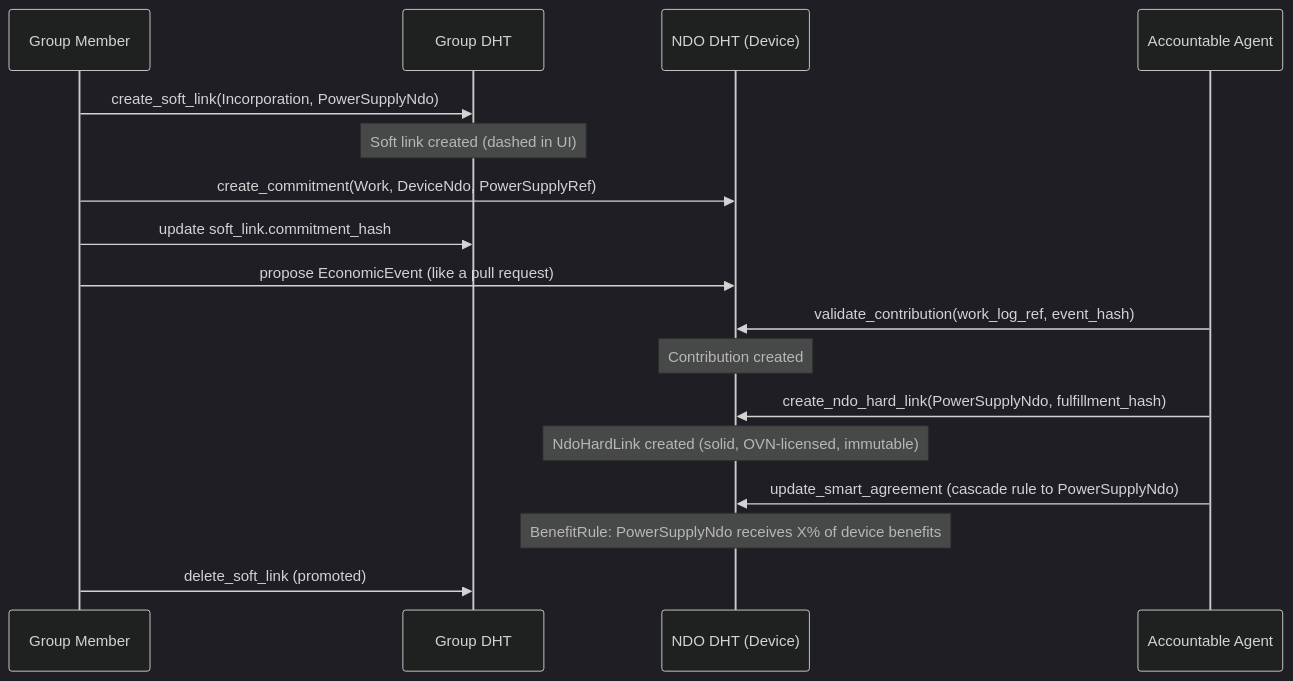
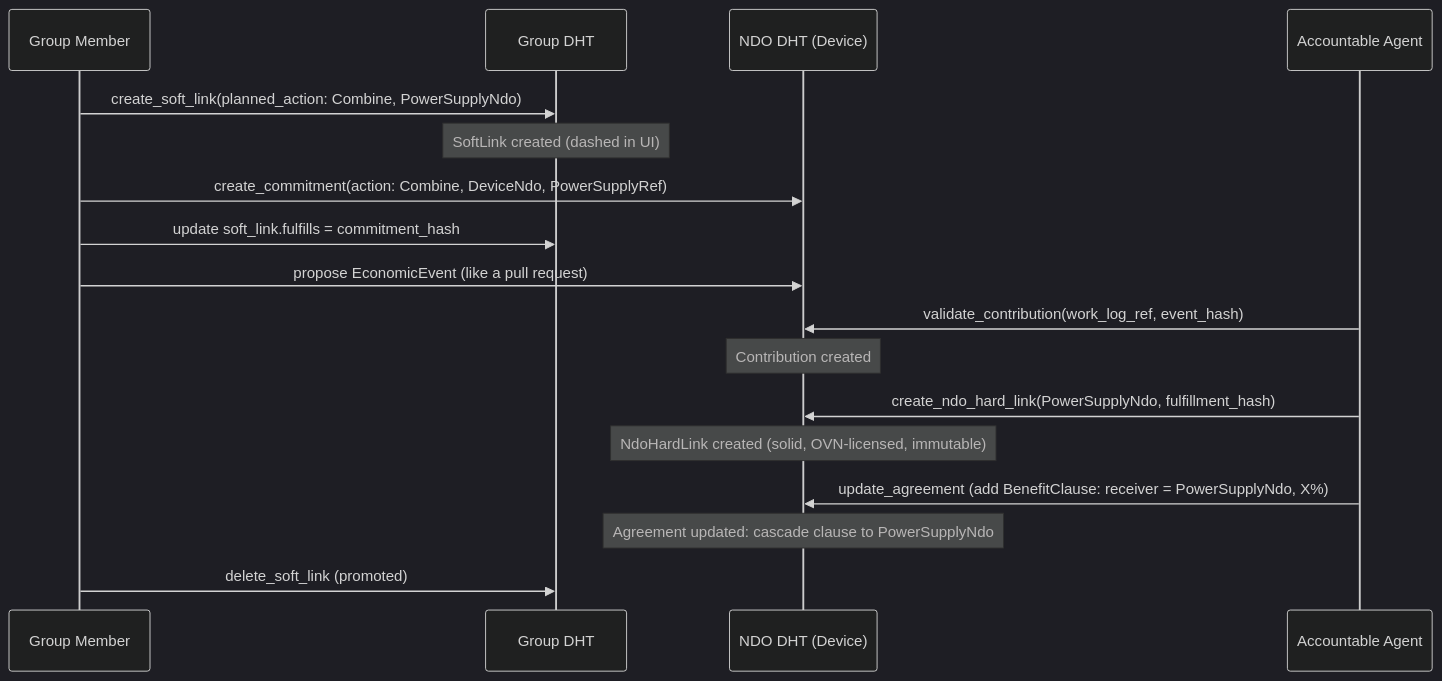
The third of 5 diagrams in documentation/specifications/post-mvp/lobby-architecture.md (Sensorica/nondominium), drawn with Mermaid (dark theme) before and after one commit. The commit also changed other lines of this file and 1 other file, not shown here.

````diff
--- a/documentation/specifications/post-mvp/lobby-architecture.md
+++ b/documentation/specifications/post-mvp/lobby-architecture.md
@@ -551,26 +577,26 @@
 ```mermaid
 sequenceDiagram
     participant GM as Group Member
     participant GD as Group DHT
     participant ND as NDO DHT (Device)
     participant AA as Accountable Agent
 
-    GM->>GD: create_soft_link(Incorporation, PowerSupplyNdo)
-    Note over GD: Soft link created (dashed in UI)
+    GM->>GD: create_soft_link(planned_action: Combine, PowerSupplyNdo)
+    Note over GD: SoftLink created (dashed in UI)
 
-    GM->>ND: create_commitment(Work, DeviceNdo, PowerSupplyRef)
-    GM->>GD: update soft_link.commitment_hash
+    GM->>ND: create_commitment(action: Combine, DeviceNdo, PowerSupplyRef)
+    GM->>GD: update soft_link.fulfills = commitment_hash
 
     GM->>ND: propose EconomicEvent (like a pull request)
 
     AA->>ND: validate_contribution(work_log_ref, event_hash)
     Note over ND: Contribution created
 
     AA->>ND: create_ndo_hard_link(PowerSupplyNdo, fulfillment_hash)
     Note over ND: NdoHardLink created (solid, OVN-licensed, immutable)
 
-    AA->>ND: update_smart_agreement (cascade rule to PowerSupplyNdo)
-    Note over ND: BenefitRule: PowerSupplyNdo receives X% of device benefits
+    AA->>ND: update_agreement (add BenefitClause: receiver = PowerSupplyNdo, X%)
+    Note over ND: Agreement updated: cascade clause to PowerSupplyNdo
 
     GM->>GD: delete_soft_link (promoted)
 ```
````
